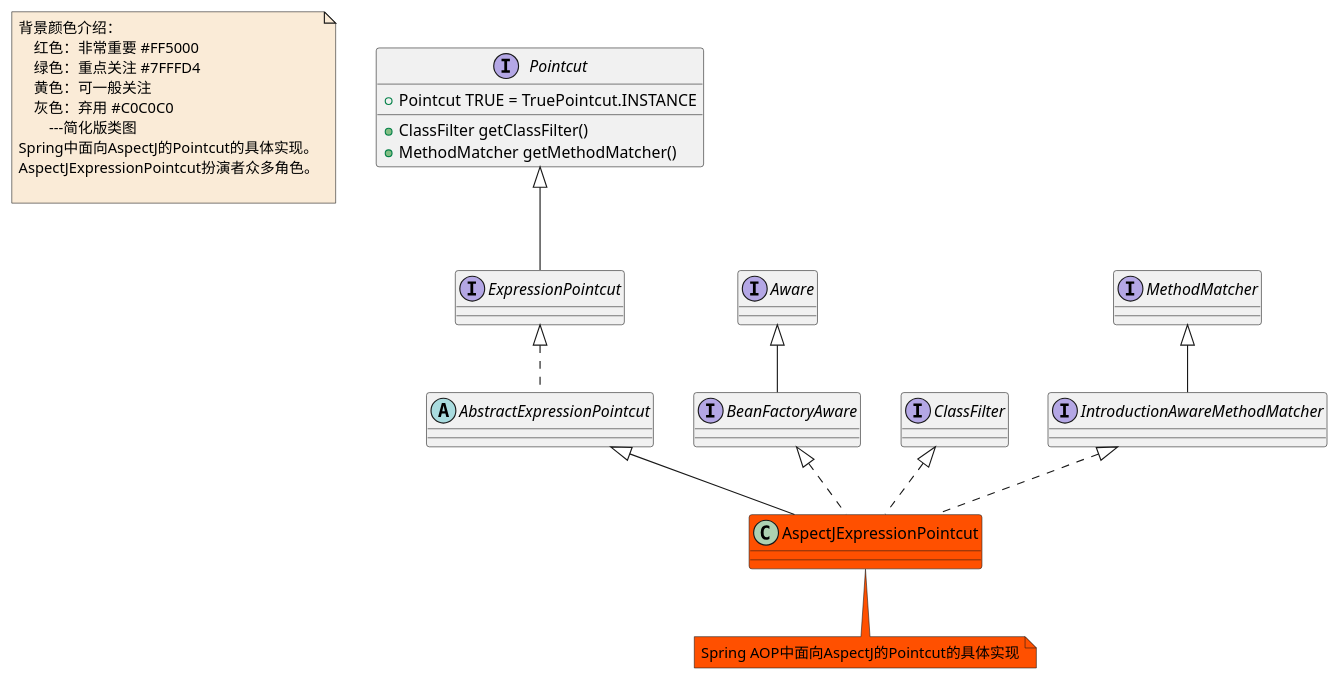
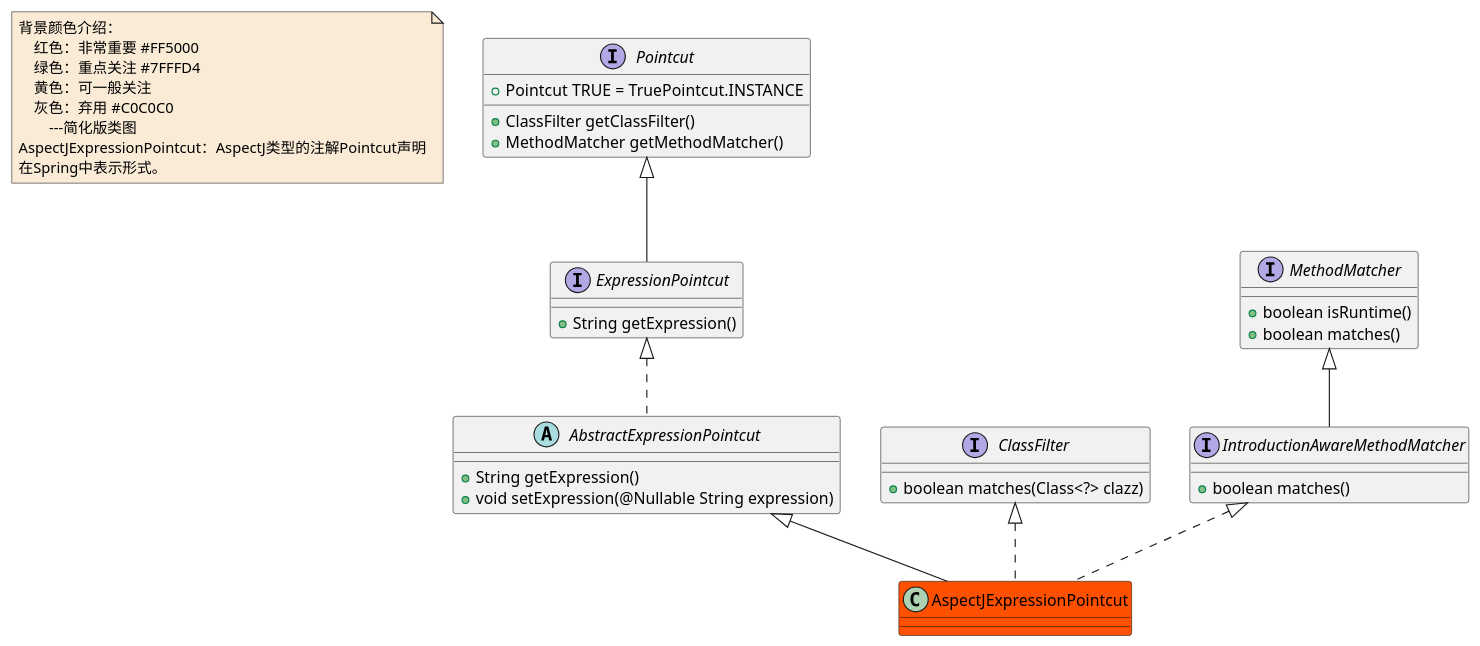
The diagram in document/spring/base/class/AOP-AspectJ-Pointcut-AspectJExpressionPointcut-class.puml (czwer/learn-spring-code), drawn with PlantUML before and after one commit. The commit also changed 10 other files, not shown here.

```diff
--- a/document/spring/base/class/AOP-AspectJ-Pointcut-AspectJExpressionPointcut-class.puml
+++ b/document/spring/base/class/AOP-AspectJ-Pointcut-AspectJExpressionPointcut-class.puml
@@ -1,51 +1,51 @@
 @startuml
 
 note  as N1 #FAEBD7
     背景颜色介绍：
         红色：非常重要 #FF5000
         绿色：重点关注 #7FFFD4
         黄色：可一般关注
         灰色：弃用 #C0C0C0
             ---简化版类图
-    Spring中面向AspectJ的Pointcut的具体实现。
-    AspectJExpressionPointcut扮演者众多角色。
-
+    AspectJExpressionPointcut：AspectJ类型的注解Pointcut声明
+    在Spring中表示形式。
 end note
 
 class AspectJExpressionPointcut #FF5000
-note bottom #FF5000: Spring AOP中面向AspectJ的Pointcut的具体实现
 interface Pointcut
 Pointcut : +ClassFilter getClassFilter()
 Pointcut : +MethodMatcher getMethodMatcher()
 Pointcut : +Pointcut TRUE = TruePointcut.INSTANCE
 abstract class AbstractExpressionPointcut
+AbstractExpressionPointcut : +String getExpression()
+AbstractExpressionPointcut : +void setExpression(@Nullable String expression)
 interface ExpressionPointcut
+ExpressionPointcut : +String getExpression()
 
-interface Aware
-interface BeanFactoryAware
 
 interface ClassFilter
+ClassFilter : +boolean matches(Class<?> clazz)
 
 interface MethodMatcher
+MethodMatcher : +boolean isRuntime()
+MethodMatcher : +boolean matches()
 interface IntroductionAwareMethodMatcher
+IntroductionAwareMethodMatcher : +boolean matches()
 
 AbstractExpressionPointcut <|-- AspectJExpressionPointcut
 
-Aware <|-- BeanFactoryAware
-
-BeanFactoryAware <|.. AspectJExpressionPointcut
 
 ClassFilter <|.. AspectJExpressionPointcut
 
 ExpressionPointcut <|.. AbstractExpressionPointcut
 
 IntroductionAwareMethodMatcher <|.. AspectJExpressionPointcut
 
 MethodMatcher <|-- IntroductionAwareMethodMatcher
 
 Pointcut <|-- ExpressionPointcut
 
 
 
 
 @enduml
```
